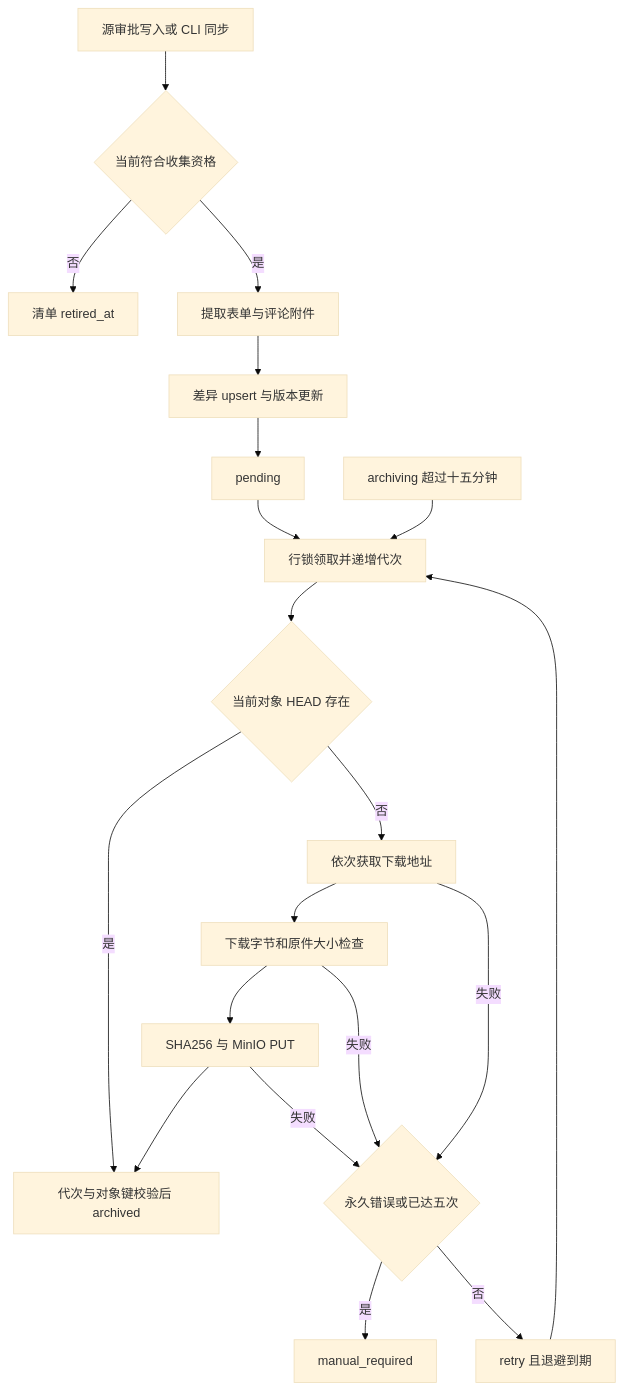
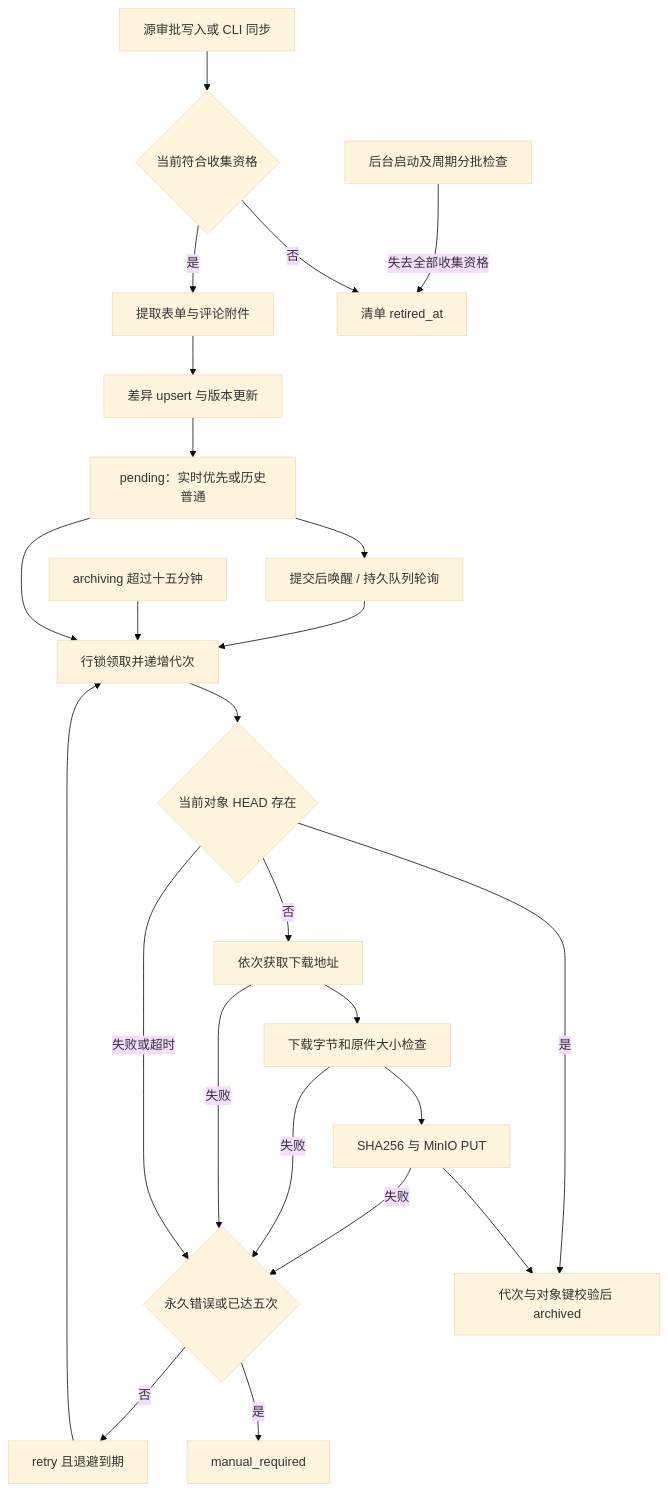
Before and after one commit to yueweiit/dingtalk-oa: the diagram in docs/modules/attachment-archive/workflow.md, drawn with Mermaid (base theme). The commit also changed other lines of this file and 7 other files, not shown here.

````diff
--- a/docs/modules/attachment-archive/workflow.md
+++ b/docs/modules/attachment-archive/workflow.md
@@ -7,22 +7,26 @@
 ```mermaid
 flowchart TD
   S["源审批写入或 CLI 同步"] --> EL{"当前符合收集资格"}
   EL -->|否| RET["清单 retired_at"]
+  CLEAN["后台启动及周期分批检查"] -->|失去全部收集资格| RET
   EL -->|是| EX["提取表单与评论附件"]
   EX --> UPS["差异 upsert 与版本更新"]
-  UPS --> P["pending"]
+  UPS --> P["pending：实时优先或历史普通"]
+  P --> W["提交后唤醒 / 持久队列轮询"]
+  W --> CLAIM
   P --> CLAIM["行锁领取并递增代次"]
   R["retry 且退避到期"] --> CLAIM
   STALE["archiving 超过十五分钟"] --> CLAIM
   CLAIM --> H{"当前对象 HEAD 存在"}
   H -->|是| SAVE["代次与对象键校验后 archived"]
   H -->|否| D["依次获取下载地址"]
+  H -->|失败或超时| F
   D --> B["下载字节和原件大小检查"]
   B --> PUT["SHA256 与 MinIO PUT"]
   PUT --> SAVE
   D -->|失败| F{"永久错误或已达五次"}
   B -->|失败| F
   PUT -->|失败| F
   F -->|是| M["manual_required"]
   F -->|否| R
 ```
````
